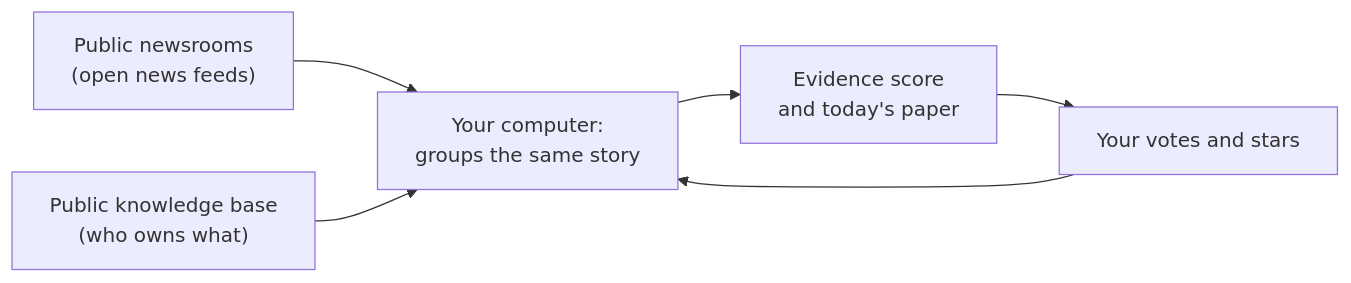
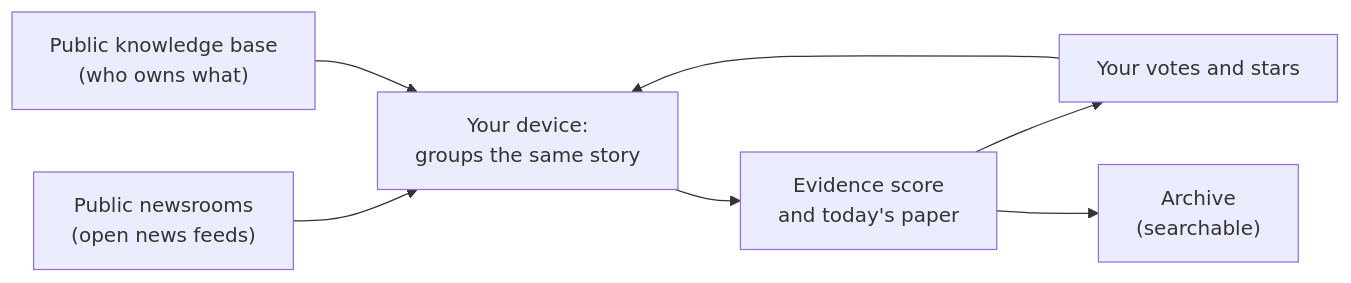
One commit to sudharamachandranrajeev/granthalaya changed the diagram in README.md. Above: the diagram before and after it, drawn with Mermaid. The commit also changed other lines of this file and 265 other files, not shown here.

````diff
--- a/README.md
+++ b/README.md
@@ -87,8 +170,9 @@
 ```mermaid
 flowchart LR
-  A["Public newsrooms<br/>(open news feeds)"] --> B["Your computer:<br/>groups the same story"]
+  A["Public newsrooms<br/>(open news feeds)"] --> B["Your device:<br/>groups the same story"]
   K["Public knowledge base<br/>(who owns what)"] --> B
   B --> C["Evidence score<br/>and today's paper"]
   C --> D["Your votes and stars"]
   D --> B
+  C --> E["Archive<br/>(searchable)"]
 ```
````
